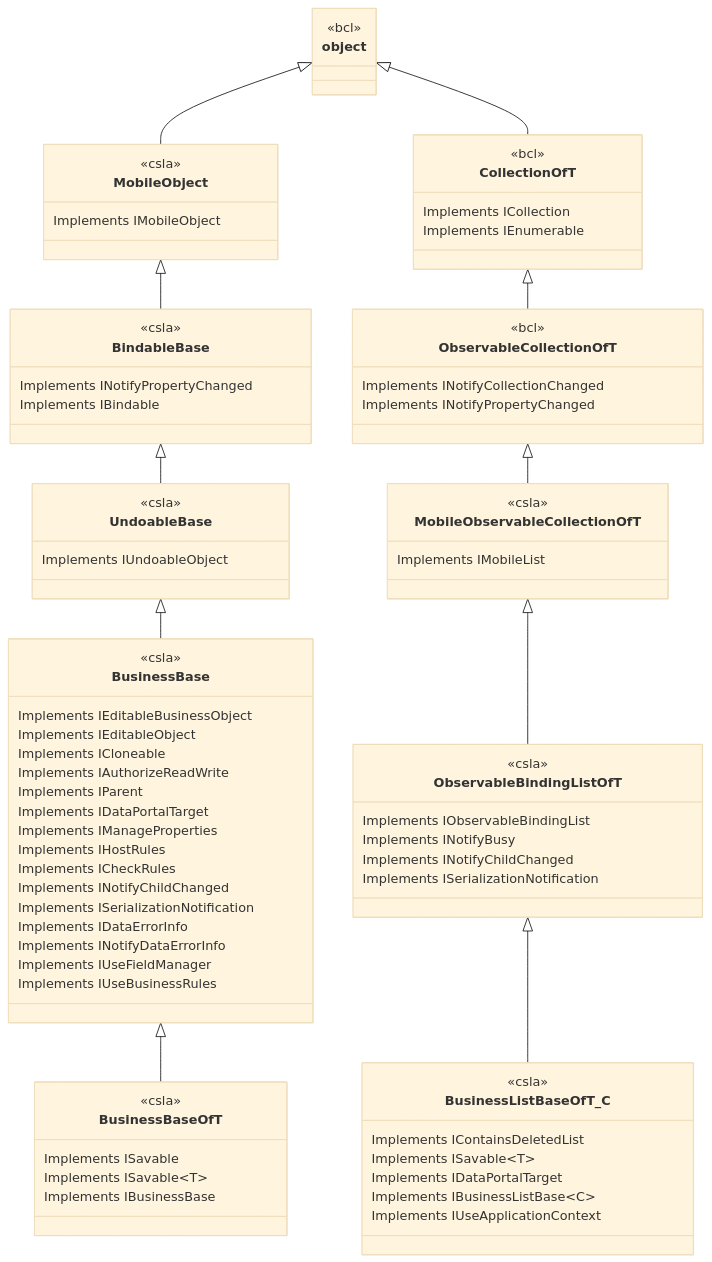
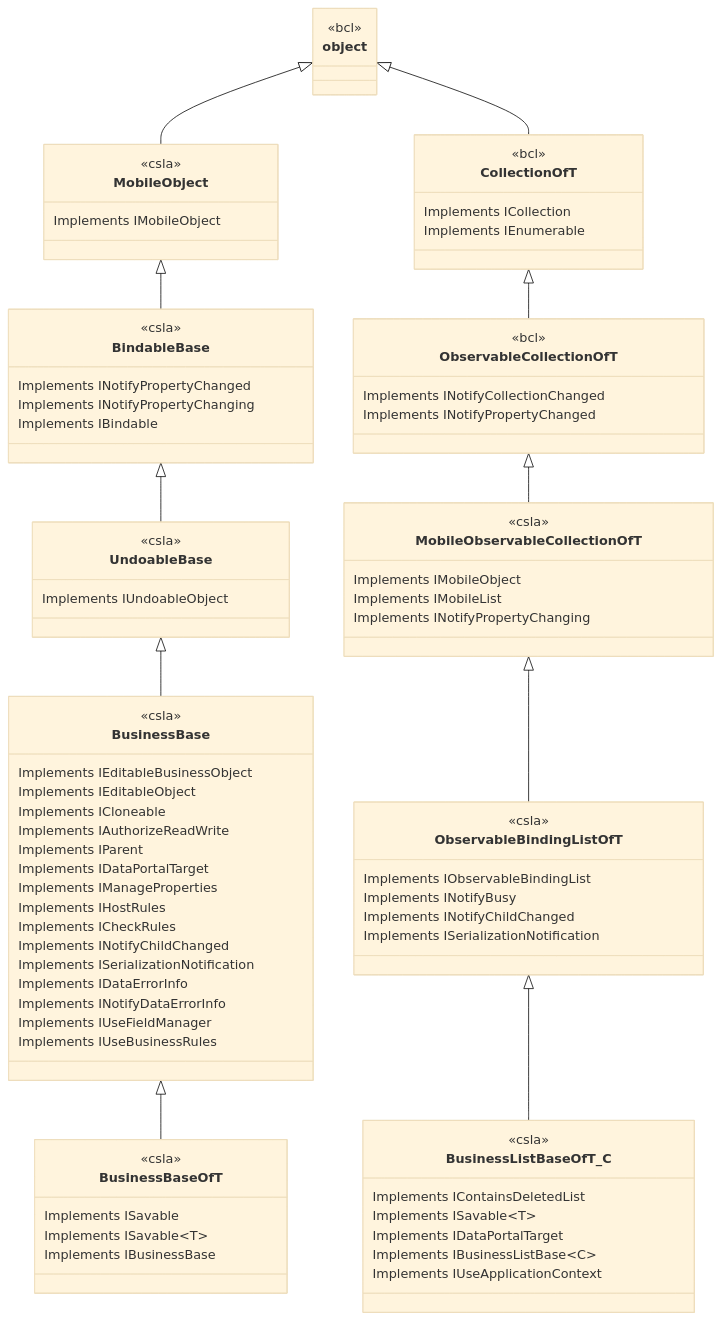
Before and after one commit to MarimerLLC/csla: the diagram in Support/BusinessBase-BusinessListBase.md, drawn with Mermaid (base theme).

Commit message:
Update the diagram to show changes so far

````diff
--- a/Support/BusinessBase-BusinessListBase.md
+++ b/Support/BusinessBase-BusinessListBase.md
@@ -5,77 +5,80 @@
 ```mermaid
 %% Legend:
 %% [csla] = in your codebase
 %% [bcl] = .NET BCL
 %% [nuget] = NuGet package
 
 classDiagram
     object <|-- MobileObject
     class object {<<bcl>>}
     class MobileObject {<<csla>>
         Implements IMobileObject
     }
 
     MobileObject <|-- BindableBase
     class BindableBase {<<csla>>
         Implements INotifyPropertyChanged
+        Implements INotifyPropertyChanging
         Implements IBindable
     }
     BindableBase <|-- UndoableBase
     class UndoableBase {<<csla>>
         Implements IUndoableObject
     }
     UndoableBase <|-- BusinessBase
     class BusinessBase {<<csla>>
         Implements IEditableBusinessObject
         Implements IEditableObject
         Implements ICloneable
         Implements IAuthorizeReadWrite
         Implements IParent
         Implements IDataPortalTarget
         Implements IManageProperties
         Implements IHostRules
         Implements ICheckRules
         Implements INotifyChildChanged
         Implements ISerializationNotification
         Implements IDataErrorInfo
         Implements INotifyDataErrorInfo
         Implements IUseFieldManager
         Implements IUseBusinessRules
     }
     BusinessBase <|-- BusinessBaseOfT
     class BusinessBaseOfT {<<csla>>
         Implements ISavable
         Implements ISavable~T~
         Implements IBusinessBase
     }
 
     object <|-- CollectionOfT
     class CollectionOfT {<<bcl>>
         Implements ICollection
         Implements IEnumerable
     }
     CollectionOfT <|-- ObservableCollectionOfT
     class ObservableCollectionOfT {<<bcl>>
         Implements INotifyCollectionChanged
         Implements INotifyPropertyChanged
     }
     ObservableCollectionOfT <|-- MobileObservableCollectionOfT
     class MobileObservableCollectionOfT {<<csla>>
+        Implements IMobileObject
         Implements IMobileList
+        Implements INotifyPropertyChanging
     }
     MobileObservableCollectionOfT <|-- ObservableBindingListOfT
     class ObservableBindingListOfT {<<csla>>
         Implements IObservableBindingList
         Implements INotifyBusy
         Implements INotifyChildChanged
         Implements ISerializationNotification
     }
     ObservableBindingListOfT <|-- BusinessListBaseOfT_C
     class BusinessListBaseOfT_C {<<csla>>
         Implements IContainsDeletedList
         Implements ISavable~T~
         Implements IDataPortalTarget
         Implements IBusinessListBase~C~
         Implements IUseApplicationContext
     }
 ```
````
